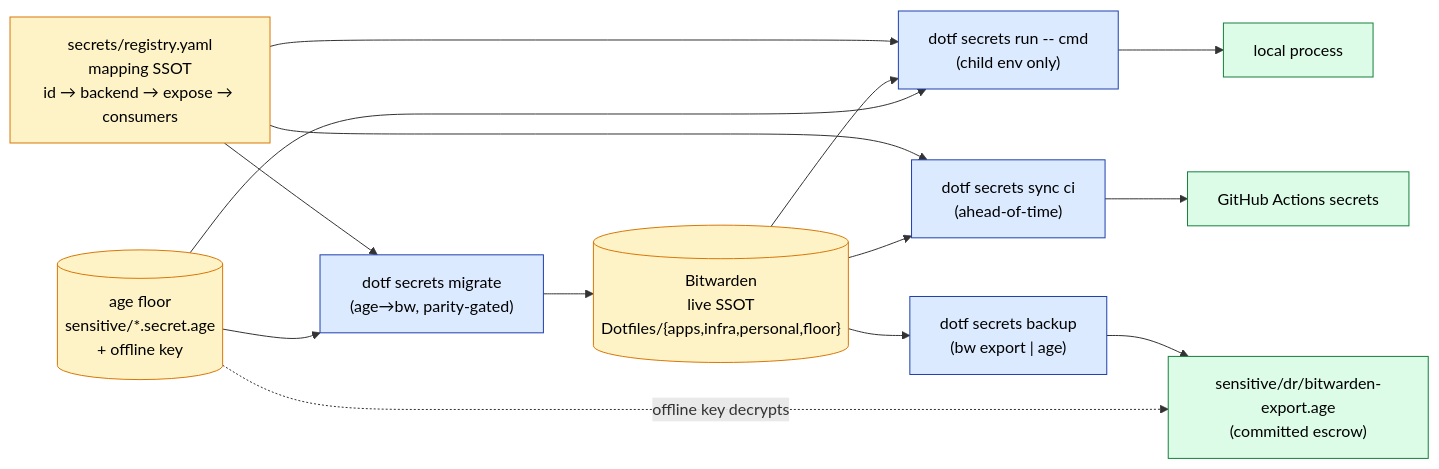
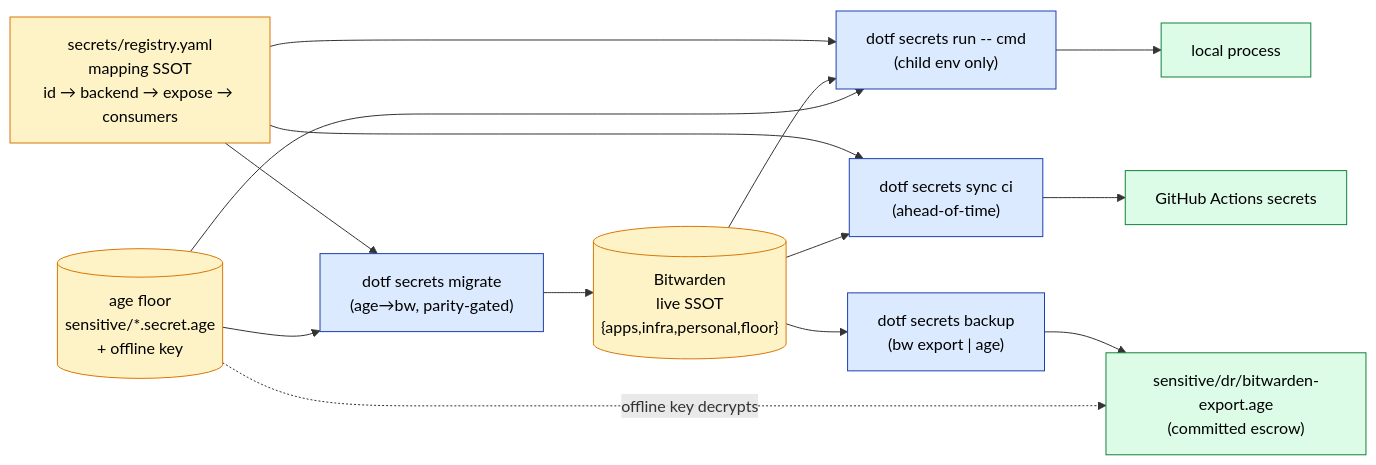
Before and after one commit to mlorentedev/dotfiles: the first of 3 diagrams in docs/adr/audit-009-documentation.md, drawn with Mermaid. The commit also changed 9 other files, not shown here.

````diff
--- a/docs/adr/audit-009-documentation.md
+++ b/docs/adr/audit-009-documentation.md
@@ -293,27 +293,27 @@
 ```mermaid
 flowchart LR
     classDef store fill:#fef3c7,stroke:#d97706,color:#000
     classDef cmd fill:#dbeafe,stroke:#1e40af,color:#000
     classDef target fill:#dcfce7,stroke:#15803d,color:#000
 
-    BW[("Bitwarden\nlive SSOT\nDotfiles/{apps,infra,personal,floor}")]:::store
+    BW[("Bitwarden\nlive SSOT\n{apps,infra,personal,floor}")]:::store
     AGE[("age floor\nsensitive/*.secret.age\n+ offline key")]:::store
     REG["secrets/registry.yaml\nmapping SSOT\nid → backend → expose → consumers"]:::store
 
     RUN["dotf secrets run -- cmd\n(child env only)"]:::cmd
     SYNC["dotf secrets sync ci\n(ahead-of-time)"]:::cmd
     MIG["dotf secrets migrate\n(age→bw, parity-gated)"]:::cmd
     BAK["dotf secrets backup\n(bw export | age)"]:::cmd
 
     LOCAL["local process"]:::target
     CI["GitHub Actions secrets"]:::target
     DR["sensitive/dr/bitwarden-export.age\n(committed escrow)"]:::target
 
     REG --> RUN & SYNC & MIG
     BW --> RUN --> LOCAL
     AGE --> RUN
     BW --> SYNC --> CI
     AGE --> MIG --> BW
     BW --> BAK --> DR
     AGE -. "offline key decrypts" .-> DR
 ```
````
